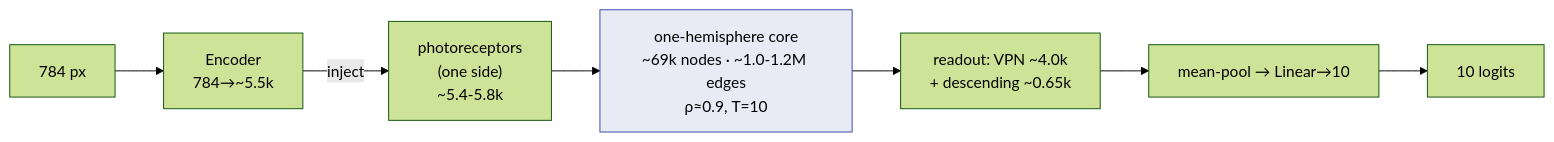
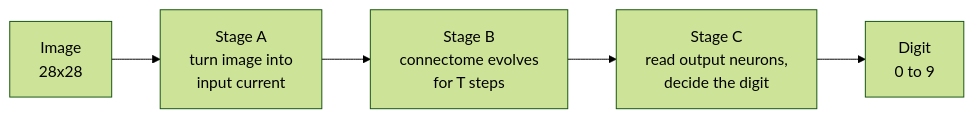
One commit to Mabdel-03/Drosophila-Connectomics---Deep-Learning changed the second of 6 diagrams in 3 - Modeling/MODELS.md. Above: the diagram before and after it, drawn with Mermaid (forest theme). The commit also changed other lines of this file and 2 other files, not shown here.

````diff
--- a/3 - Modeling/MODELS.md
+++ b/3 - Modeling/MODELS.md
@@ -107,9 +82,7 @@
 ```mermaid
 flowchart LR
-    I["784 px"] --> E["Encoder<br/>784→~5.5k"]
-    E -->|inject| PR["photoreceptors<br/>(one side)<br/>~5.4-5.8k"]
-    PR --> B["one-hemisphere core<br/>~69k nodes · ~1.0-1.2M edges<br/>ρ≈0.9, T=10"]
-    B --> R["readout: VPN ~4.0k<br/>+ descending ~0.65k"]
-    R --> H["mean-pool → Linear→10"] --> O["10 logits"]
-    style B fill:#e8eaf6,stroke:#3949ab
+    IMG["Image<br/>28x28"] --> INPUT["Stage A<br/>turn image into<br/>input current"]
+    INPUT --> CORE["Stage B<br/>connectome evolves<br/>for T steps"]
+    CORE --> DECIDE["Stage C<br/>read output neurons,<br/>decide the digit"]
+    DECIDE --> OUT["Digit<br/>0 to 9"]
 ```
````
